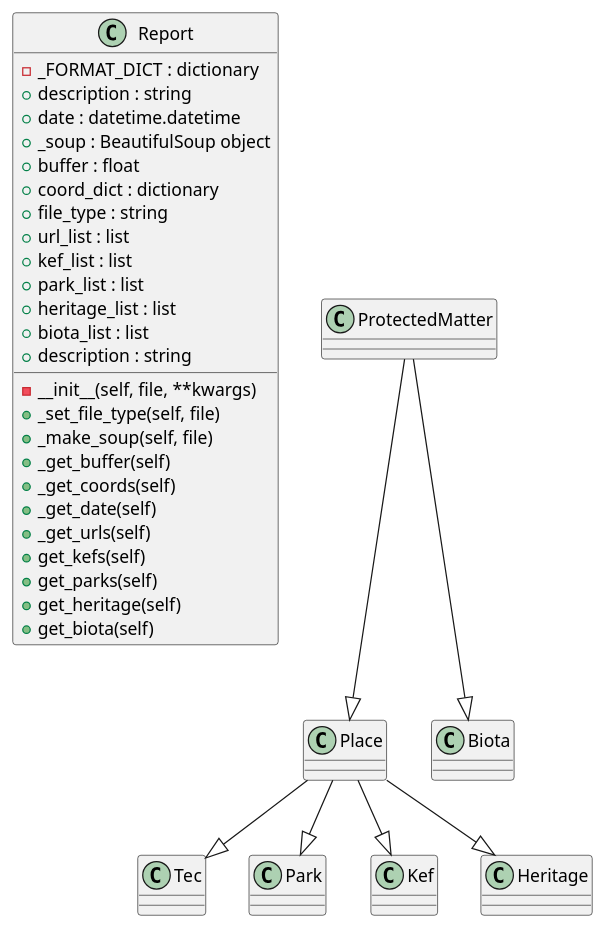
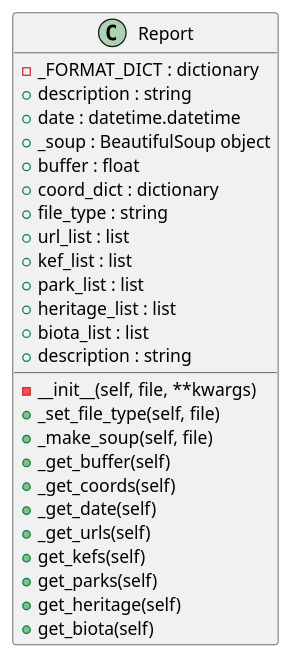
The first of 2 diagrams in Readme.md (Chizzy101/PMST-application), drawn with PlantUML before and after one commit. The commit also changed other lines of this file and 2 other files, not shown here.

Commit message:
Added some methods to biota class

````diff
--- a/Readme.md
+++ b/Readme.md
@@ -112,39 +114,32 @@
 ```PlantUML
 @startuml
 ' Base class for all protected matters
 class Report{
 -_FORMAT_DICT : dictionary
 +description : string
 +date : datetime.datetime
 +_soup : BeautifulSoup object
 +buffer : float
 +coord_dict : dictionary
 +file_type : string
 +url_list : list
 +kef_list : list
 +park_list : list
 +heritage_list : list
 +biota_list : list
 +description : string
 
 -__init__(self, file, **kwargs)
 +_set_file_type(self, file)
 +_make_soup(self, file)
 +_get_buffer(self)
 +_get_coords(self)
 +_get_date(self)
 +_get_urls(self)
 +get_kefs(self)
 +get_parks(self)
 +get_heritage(self)
 +get_biota(self)
 }
-
-ProtectedMatter --|> Place
-ProtectedMatter --|> Biota
-Place --|> Tec
-Place --|> Park
-Place --|> Kef
-Place --|> Heritage
 @enduml
 ```
````
